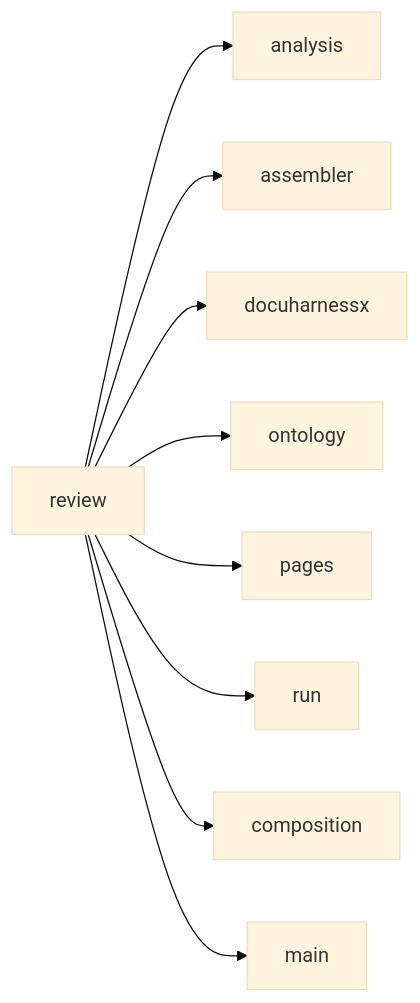
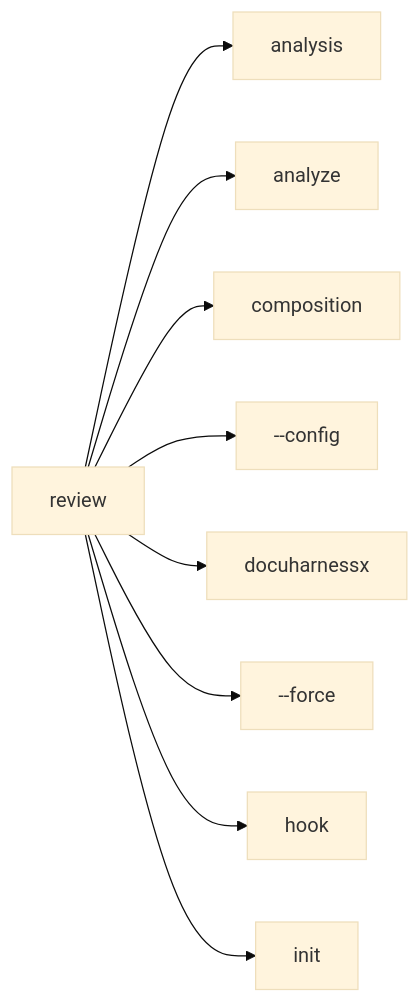
One commit to norandom/DocuHarnessX changed diagram 25 of 30 in docs/glossary.md. Above: the diagram before and after it, drawn with Mermaid (base theme). The commit also changed other lines of this file and 12 other files, not shown here.

````diff
--- a/docs/glossary.md
+++ b/docs/glossary.md
@@ -931,20 +945,20 @@
 ```mermaid
 flowchart LR
   here["review"]
   r0["analysis"]
   here --> r0
-  r1["assembler"]
+  r1["analyze"]
   here --> r1
-  r2["docuharnessx"]
+  r2["composition"]
   here --> r2
-  r3["ontology"]
+  r3["--config"]
   here --> r3
-  r4["pages"]
+  r4["docuharnessx"]
   here --> r4
-  r5["run"]
+  r5["--force"]
   here --> r5
-  r6["composition"]
+  r6["hook"]
   here --> r6
-  r7["main"]
+  r7["init"]
   here --> r7
 ```
````
